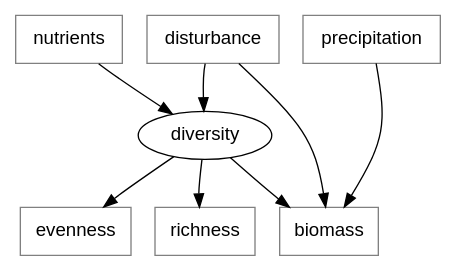
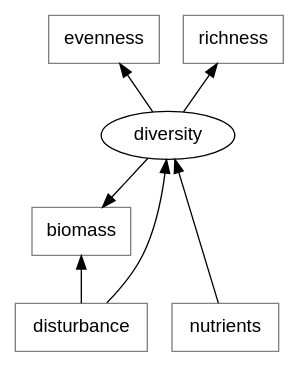
The ninth of 13 diagrams in 5_Slides/Intro_to_SEM_part2.qmd (pennekampster/Swiss_SEM), drawn with Graphviz before and after one commit. The commit also changed other lines of this file and 3 other files, not shown here.

````diff
--- a/5_Slides/Intro_to_SEM_part2.qmd
+++ b/5_Slides/Intro_to_SEM_part2.qmd
@@ -585,31 +581,31 @@
 ```{dot}
 //| fig-width: 6
 digraph  {
 
    # a 'graph' statement
-  graph [overlap = false, fontsize = 10, rankdir = TB, ranksep=.5, splines=curved]
+  graph [overlap = false, fontsize = 10, rankdir = TB, ranksep=.5]
 
     node [shape=oval, fontname = Helvetica]
     diversity
 
   # several 'node' statements
   node [shape = box,
         fontname = Helvetica, color="gray"]
   
         evenness, richness;
         nutrients;
         disturbance;
-        precipitation;
 
     disturbance->diversity;
     nutrients->diversity;
     disturbance -> biomass;
-    precipitation -> biomass;
     diversity->biomass ;
 
     diversity -> evenness;
     diversity -> richness;
-  
- { rank="same"; nutrients; disturbance, precipitation}
+
+ { rank="max"; nutrients; disturbance}
+
+ { rank="min"; evenness; richness}
 }
 ```
````
